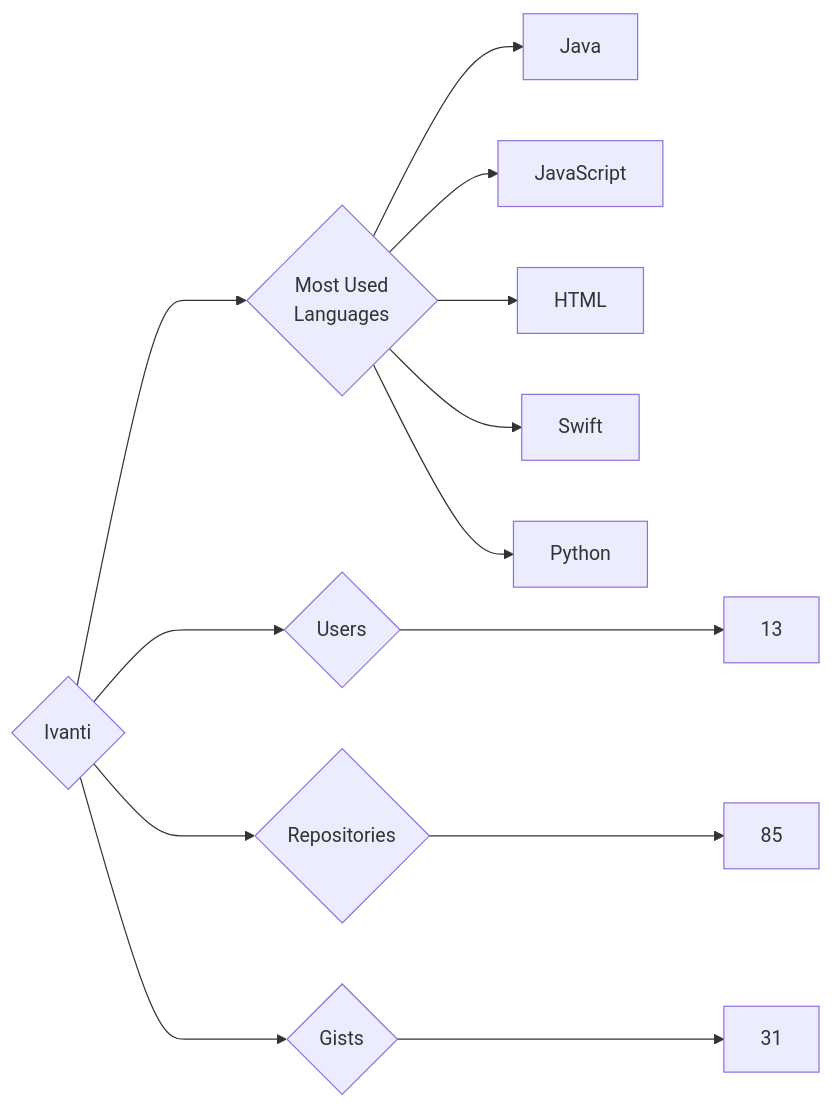
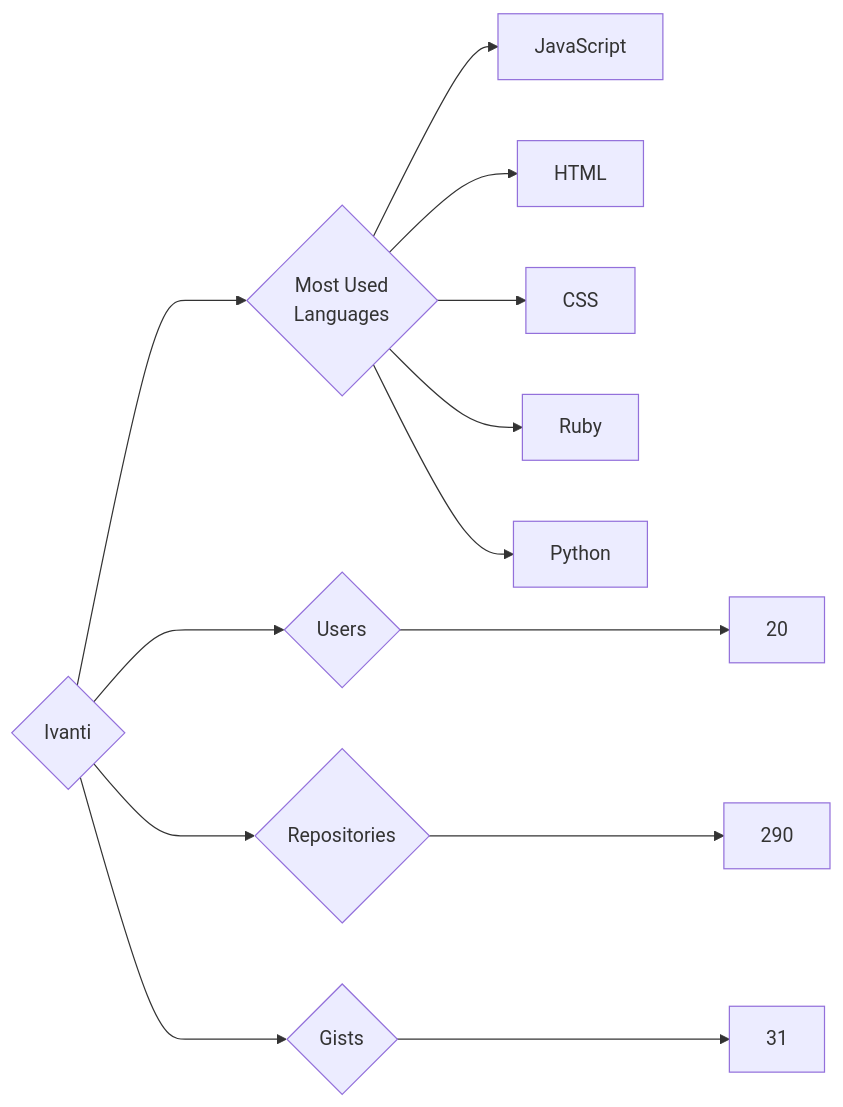
The diagram in targets/Ivanti/README.md (trickest/insiders), drawn with Mermaid before and after one commit. The commit also changed 688 other files, not shown here.

````diff
--- a/targets/Ivanti/README.md
+++ b/targets/Ivanti/README.md
@@ -3,13 +3,13 @@
 ```mermaid
 graph LR
 COMPANY_NAME{Ivanti}
-COMPANY_NAME ---> U{Users} ---> UN[13]
-COMPANY_NAME ---> R{Repositories} ---> RN[85]
+COMPANY_NAME ---> U{Users} ---> UN[20]
+COMPANY_NAME ---> R{Repositories} ---> RN[290]
 COMPANY_NAME ---> G{Gists} ---> GN[31]
 COMPANY_NAME ---> ML{Most Used<br>Languages}
-ML --> Java[Java]
 ML --> JavaScript[JavaScript]
 ML --> HTML[HTML]
-ML --> Swift[Swift]
+ML --> CSS[CSS]
+ML --> Ruby[Ruby]
 ML --> Python[Python]
 ```
````
